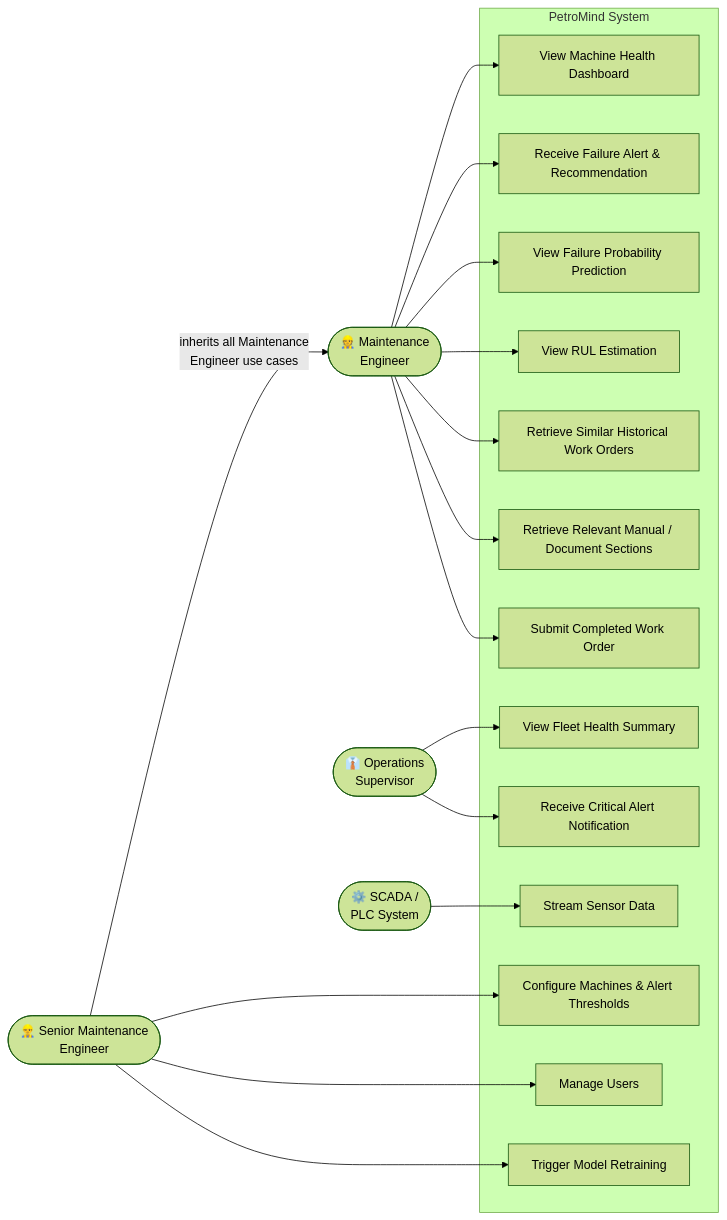
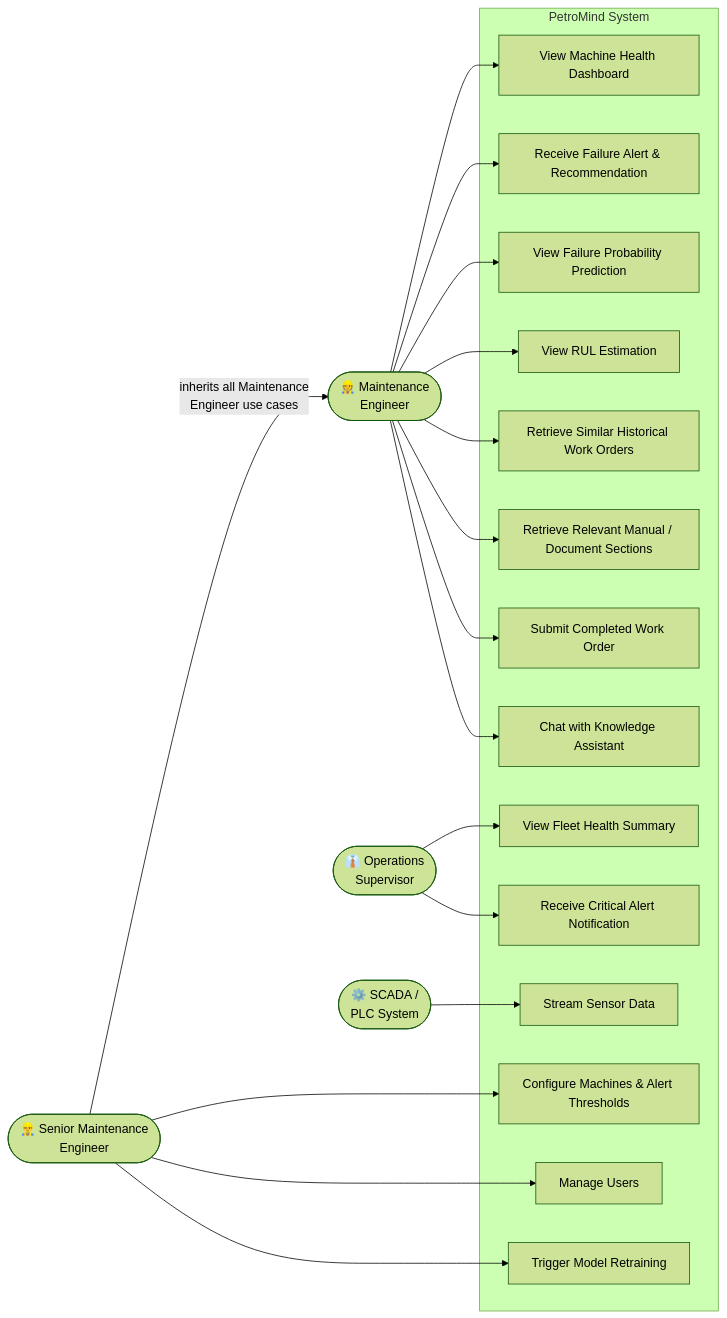
The second of 7 diagrams in PetroMind_System_Analysis.md (engysaber0/PetroMind), drawn with Mermaid (forest theme) before and after one commit. The commit also changed other lines of this file, not shown here.

First line of the commit message:
Add UC14 for Chat with Knowledge Assistant

````diff
--- a/PetroMind_System_Analysis.md
+++ b/PetroMind_System_Analysis.md
@@ -86,41 +86,43 @@
 ```mermaid
 graph LR
     ME(["👷 Maintenance<br/>Engineer"])
     SME(["👷‍♂️ Senior Maintenance<br/>Engineer"])
     OS(["👔 Operations<br/>Supervisor"])
     SCADA(["⚙️ SCADA /<br/>PLC System"])
 
     subgraph PetroMind System
         UC1["View Machine Health Dashboard"]
         UC2["Receive Failure Alert & Recommendation"]
         UC3["View Failure Probability Prediction"]
         UC4["View RUL Estimation"]
         UC5["Retrieve Similar Historical Work Orders"]
         UC6["Retrieve Relevant Manual / Document Sections"]
         UC7["Submit Completed Work Order"]
         UC8["View Fleet Health Summary"]
         UC9["Receive Critical Alert Notification"]
         UC10["Stream Sensor Data"]
         UC11["Configure Machines & Alert Thresholds"]
         UC12["Manage Users"]
         UC13["Trigger Model Retraining"]
+        UC14["Chat with Knowledge Assistant"]
     end
 
     ME --> UC1
     ME --> UC2
     ME --> UC3
     ME --> UC4
     ME --> UC5
     ME --> UC6
     ME --> UC7
+    ME --> UC14
 
     SME -->|"inherits all Maintenance<br/>Engineer use cases"| ME
     SME --> UC11
     SME --> UC12
     SME --> UC13
 
     OS --> UC8
     OS --> UC9
 
     SCADA --> UC10
 ```
````
